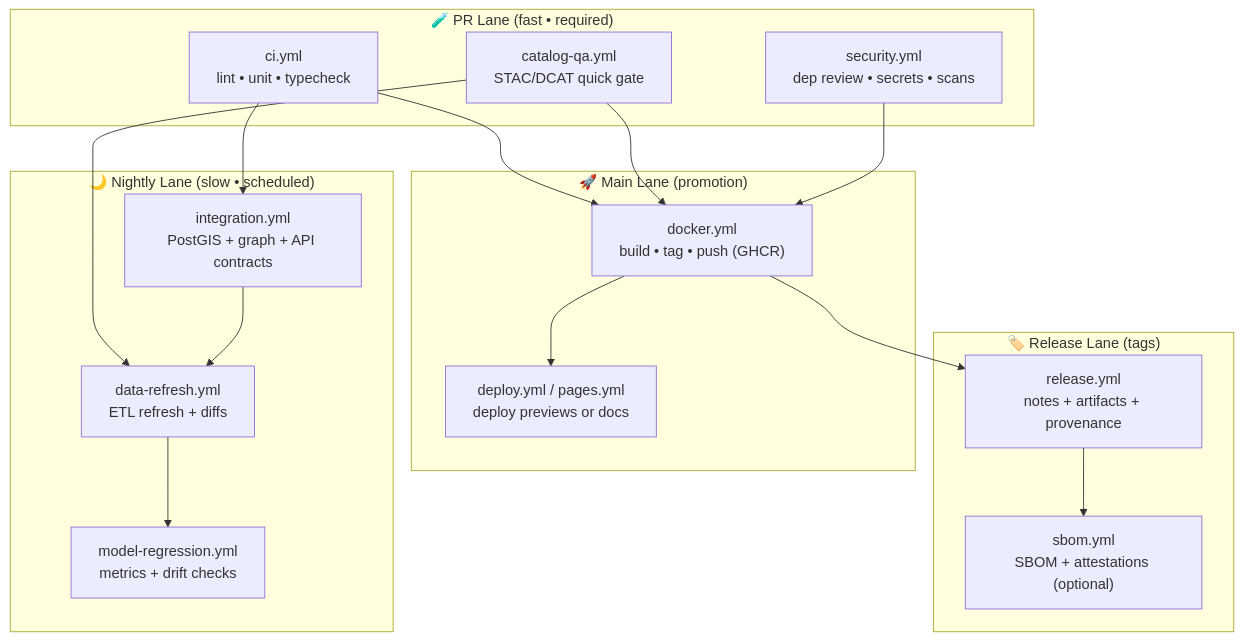
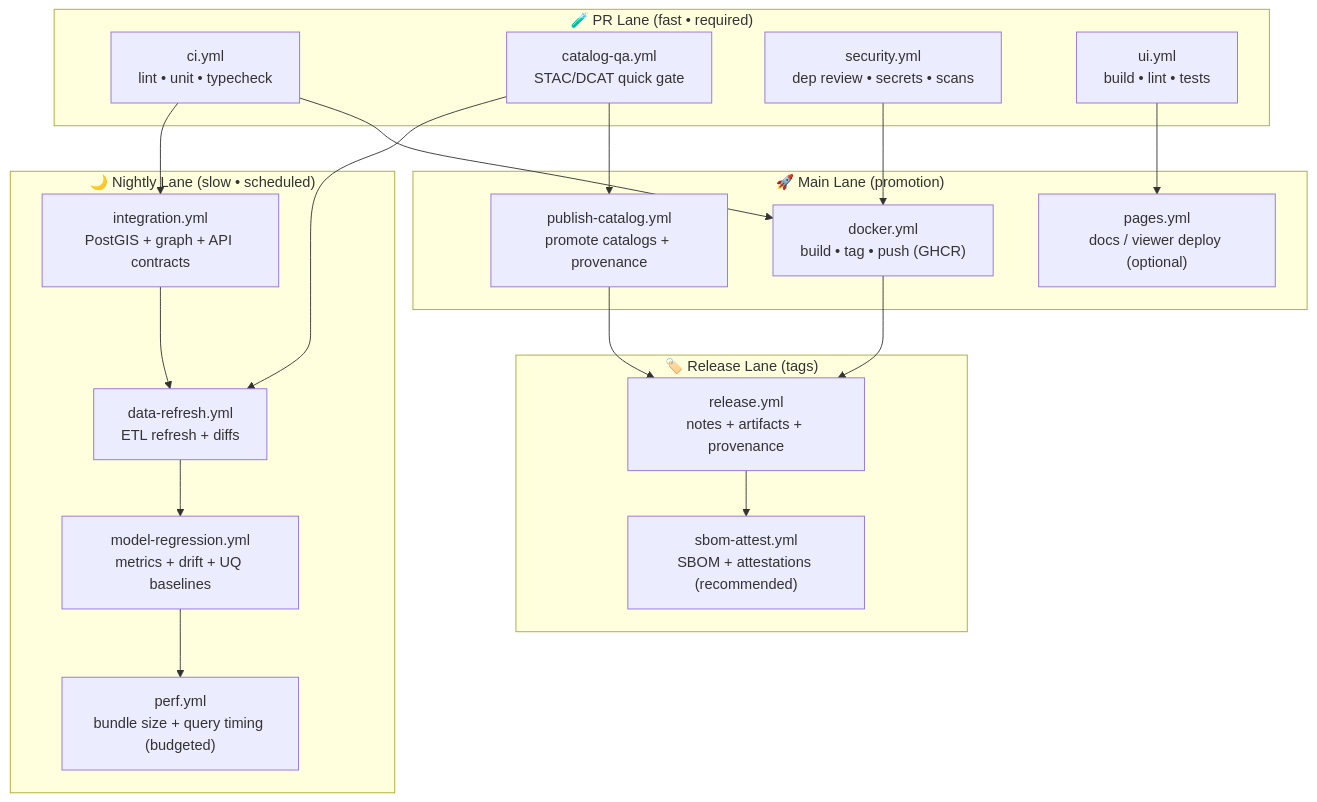
The first of 2 diagrams in .github/workflows/README.md (bartytime4life/Kansas-Frontier-Matrix), drawn with Mermaid before and after one commit. The commit also changed other lines of this file, not shown here.

````diff
--- a/.github/workflows/README.md
+++ b/.github/workflows/README.md
@@ -57,37 +72,42 @@
 ```mermaid
 flowchart TB
   subgraph PR["🧪 PR Lane (fast • required)"]
     PR1["ci.yml<br/>lint • unit • typecheck"]
     PR2["catalog-qa.yml<br/>STAC/DCAT quick gate"]
     PR3["security.yml<br/>dep review • secrets • scans"]
+    PR4["ui.yml<br/>build • lint • tests"]
   end
 
   subgraph MAIN["🚀 Main Lane (promotion)"]
     M1["docker.yml<br/>build • tag • push (GHCR)"]
-    M2["deploy.yml / pages.yml<br/>deploy previews or docs"]
+    M2["publish-catalog.yml<br/>promote catalogs + provenance"]
+    M3["pages.yml<br/>docs / viewer deploy (optional)"]
   end
 
   subgraph NIGHTLY["🌙 Nightly Lane (slow • scheduled)"]
     N1["integration.yml<br/>PostGIS + graph + API contracts"]
     N2["data-refresh.yml<br/>ETL refresh + diffs"]
-    N3["model-regression.yml<br/>metrics + drift checks"]
+    N3["model-regression.yml<br/>metrics + drift + UQ baselines"]
+    N4["perf.yml<br/>bundle size + query timing (budgeted)"]
   end
 
   subgraph RELEASE["🏷️ Release Lane (tags)"]
     R1["release.yml<br/>notes + artifacts + provenance"]
-    R2["sbom.yml<br/>SBOM + attestations (optional)"]
+    R2["sbom-attest.yml<br/>SBOM + attestations (recommended)"]
   end
 
   PR1 --> M1
-  PR2 --> M1
+  PR2 --> M2
   PR3 --> M1
+  PR4 --> M3
 
-  M1 --> M2
   M1 --> R1
+  M2 --> R1
   R1 --> R2
 
   PR1 --> N1
   PR2 --> N2
   N1 --> N2
   N2 --> N3
+  N3 --> N4
 ```
````
